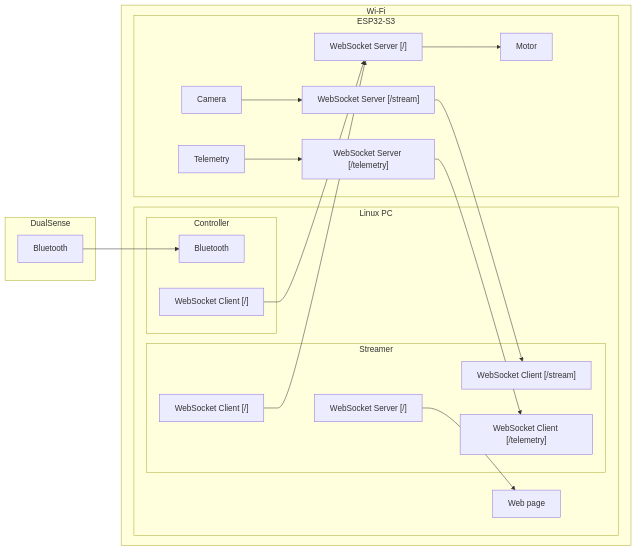
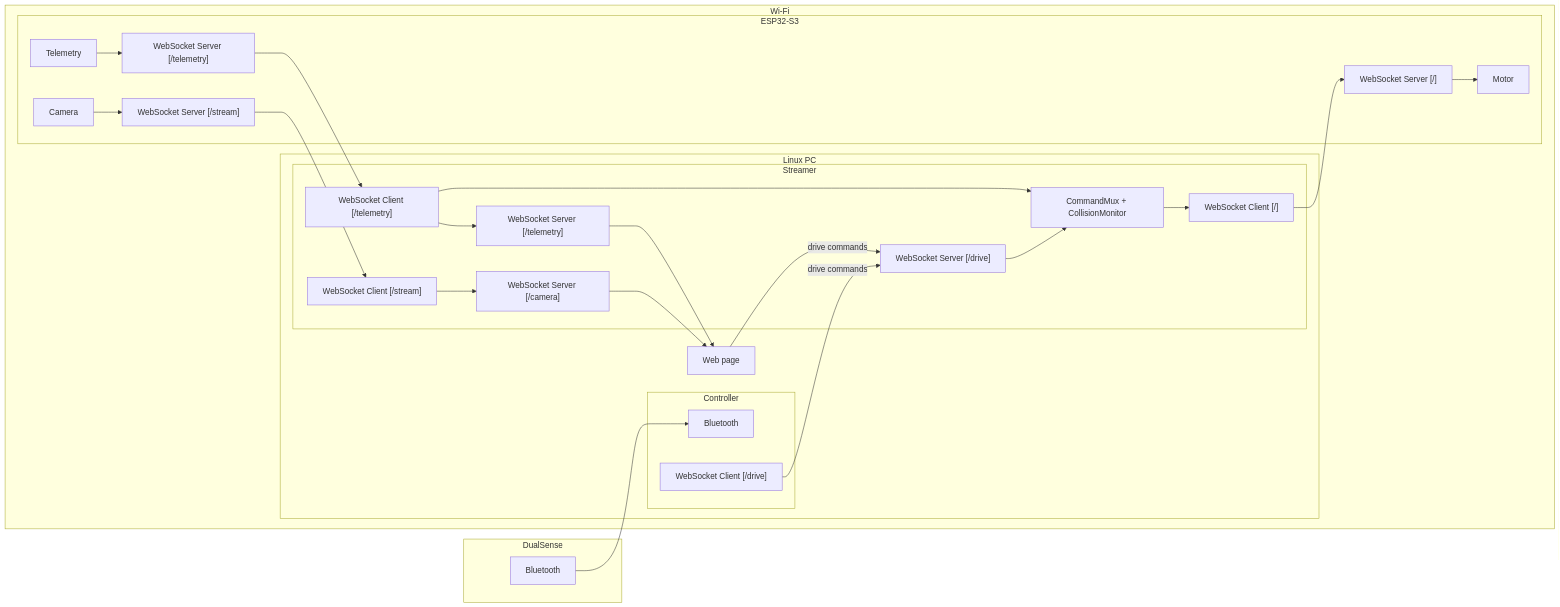
The diagram in docs/variants/copper.md (ltowarek/dust-mite), drawn with Mermaid before and after one commit. The commit also changed other lines of this file, not shown here.

Commit message:
Update the Copper component diagram and command metric notes (#148)
The component diagram now shows the streamer's /camera, /telemetry and
/drive endpoints, the web page and CLI both driving through /drive, and
CommandMux as the single path to the car. The dust_mite_commands_sent
notes describe which service counts which commands now that the CLI goes
through the streamer.

Claude-Session: https://claude.ai/code/session_01JkTrievn6XV2oUkiczEEYb

````diff
--- a/docs/variants/copper.md
+++ b/docs/variants/copper.md
@@ -141,41 +145,51 @@
 ```mermaid
 graph LR
     subgraph DualSense
         DS_BT[Bluetooth]
     end
 
     subgraph WiFi[Wi-Fi]
         subgraph Linux_PC[Linux PC]
             subgraph Controller
                 PC_BT[Bluetooth]
-                PC_CTRL_WS["WebSocket Client [/]"]
+                PC_CTRL_WS["WebSocket Client [/drive]"]
             end
             subgraph Streamer
-                PC_STR_WS_CTRL["WebSocket Client [/]"]
                 PC_STR_WS_STREAM["WebSocket Client [/stream]"]
                 PC_STR_WS_TEL["WebSocket Client [/telemetry]"]
-                PC_STR_WS_WEB["WebSocket Server [/]"]
+                PC_STR_WS_CTRL["WebSocket Client [/]"]
+                PC_STR_MUX["CommandMux + CollisionMonitor"]
+                PC_STR_WS_CAMERA["WebSocket Server [/camera]"]
+                PC_STR_WS_TEL_OUT["WebSocket Server [/telemetry]"]
+                PC_STR_WS_DRIVE["WebSocket Server [/drive]"]
             end
             PC_WEB[Web page]
         end
 
         subgraph ESP32S3[ESP32-S3]
             ESP_MOTOR[Motor]
             ESP_TEL[Telemetry]
             ESP_CAM[Camera]
             ESP_WS_CTRL["WebSocket Server [/]"]
             ESP_WS_STREAM["WebSocket Server [/stream]"]
             ESP_WS_TEL["WebSocket Server [/telemetry]"]
         end
     end
 
     DS_BT --> PC_BT
-    PC_STR_WS_WEB --> PC_WEB
-    PC_CTRL_WS --> ESP_WS_CTRL
+    PC_CTRL_WS -- "drive commands" --> PC_STR_WS_DRIVE
+    PC_WEB -- "drive commands" --> PC_STR_WS_DRIVE
+    PC_STR_WS_CAMERA --> PC_WEB
+    PC_STR_WS_TEL_OUT --> PC_WEB
     ESP_WS_STREAM --> PC_STR_WS_STREAM
+    PC_STR_WS_STREAM --> PC_STR_WS_CAMERA
     ESP_WS_TEL --> PC_STR_WS_TEL
+    PC_STR_WS_TEL --> PC_STR_WS_TEL_OUT
+    PC_STR_WS_TEL --> PC_STR_MUX
+    PC_STR_WS_DRIVE --> PC_STR_MUX
+    PC_STR_MUX --> PC_STR_WS_CTRL
     PC_STR_WS_CTRL --> ESP_WS_CTRL
     ESP_WS_CTRL --> ESP_MOTOR
     ESP_TEL --> ESP_WS_TEL
     ESP_CAM --> ESP_WS_STREAM
 ```
````
